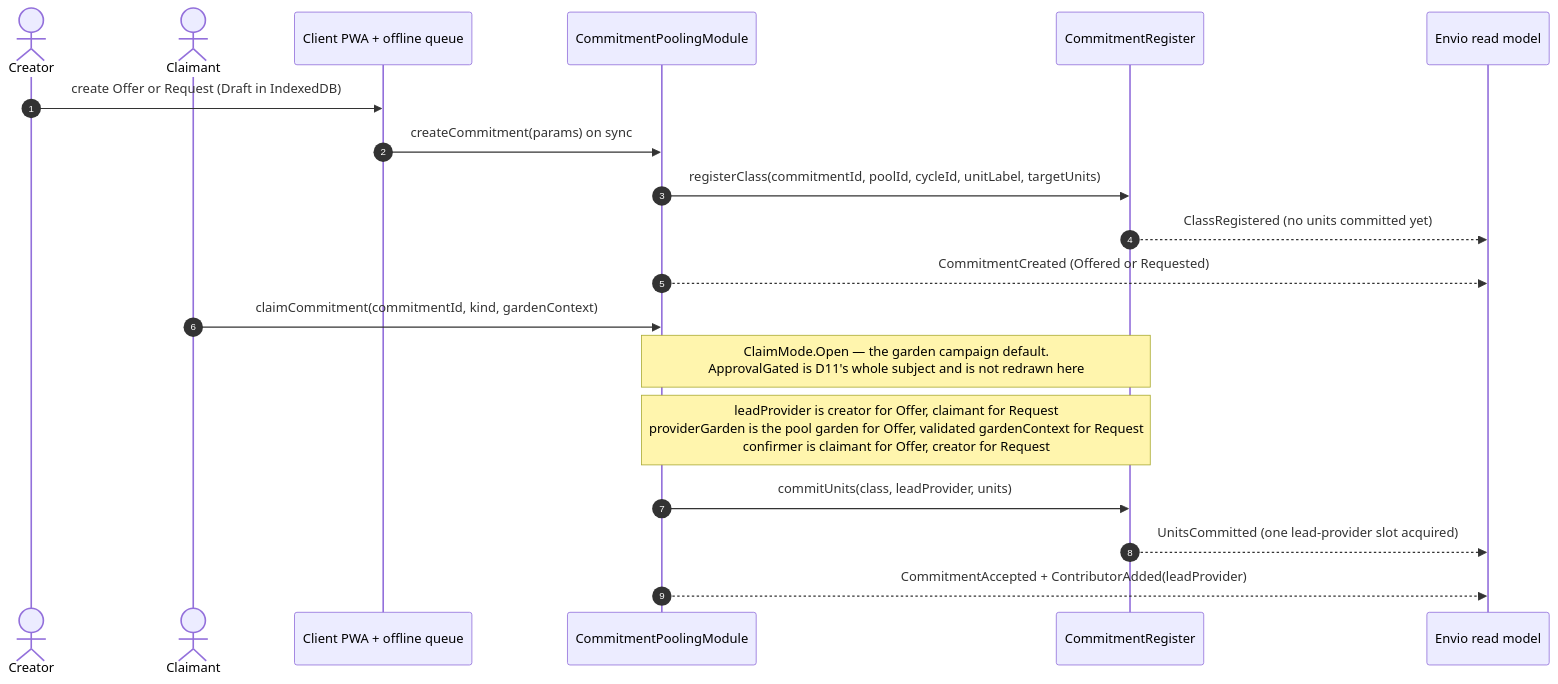
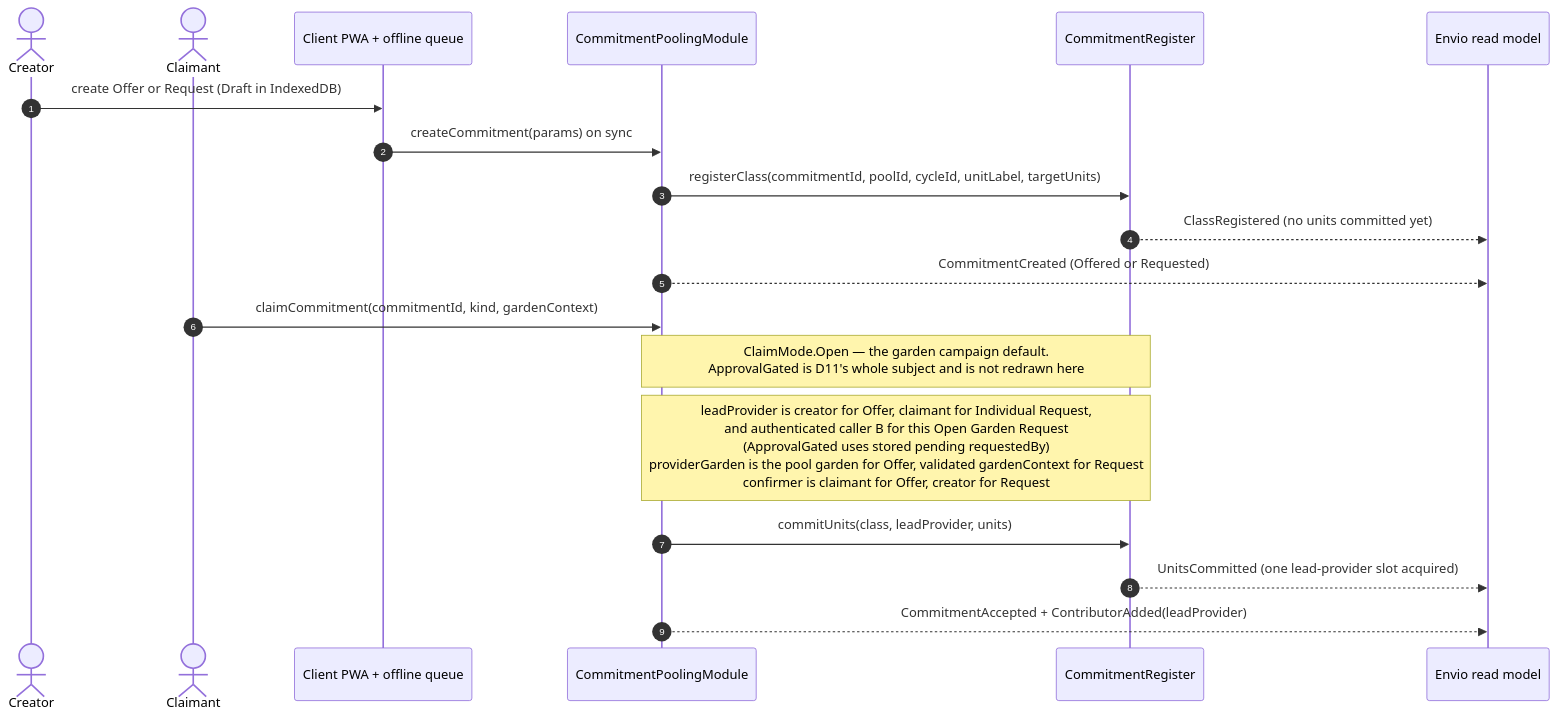
The fourth of 35 diagrams in .plans/active/commitment-pooling/diagrams.md (greenpill-dev-guild/green-goods), drawn with Mermaid before and after one commit. The commit also changed other lines of this file and 17 other files, not shown here.

````diff
--- a/.plans/active/commitment-pooling/diagrams.md
+++ b/.plans/active/commitment-pooling/diagrams.md
@@ -300,22 +307,22 @@
 ```mermaid
 sequenceDiagram
   autonumber
   actor A as Creator
   actor B as Claimant
   participant PWA as Client PWA + offline queue
   participant M as CommitmentPoolingModule
   participant R as CommitmentRegister
   participant IDX as Envio read model
 
   A->>PWA: create Offer or Request (Draft in IndexedDB)
   PWA->>M: createCommitment(params) on sync
   M->>R: registerClass(commitmentId, poolId, cycleId, unitLabel, targetUnits)
   R-->>IDX: ClassRegistered (no units committed yet)
   M-->>IDX: CommitmentCreated (Offered or Requested)
   B->>M: claimCommitment(commitmentId, kind, gardenContext)
   Note over M,R: ClaimMode.Open — the garden campaign default.<br/>ApprovalGated is D11's whole subject and is not redrawn here
-  Note over M,R: leadProvider is creator for Offer, claimant for Request<br/>providerGarden is the pool garden for Offer, validated gardenContext for Request<br/>confirmer is claimant for Offer, creator for Request
+  Note over M,R: leadProvider is creator for Offer, claimant for Individual Request,<br/>and authenticated caller B for this Open Garden Request<br/>(ApprovalGated uses stored pending requestedBy)<br/>providerGarden is the pool garden for Offer, validated gardenContext for Request<br/>confirmer is claimant for Offer, creator for Request
   M->>R: commitUnits(class, leadProvider, units)
   R-->>IDX: UnitsCommitted (one lead-provider slot acquired)
   M-->>IDX: CommitmentAccepted + ContributorAdded(leadProvider)
 ```
````
